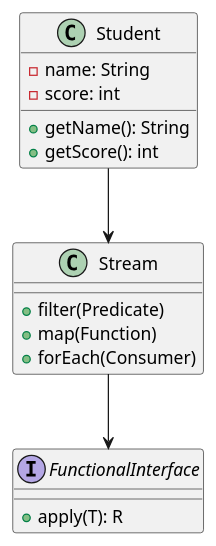
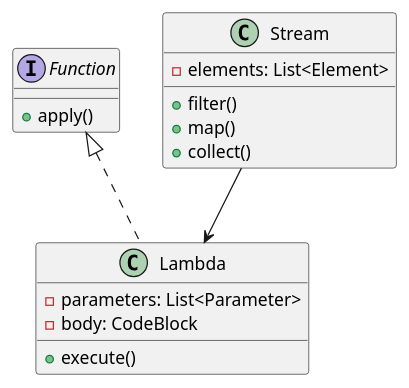
Before and after one commit to fine5351/info-sync: the first of 3 diagrams in doc/learning/lib/java_lambda_tutorial.md, drawn with PlantUML. The commit also changed other lines of this file and 5 other files, not shown here.

````diff
--- a/doc/learning/lib/java_lambda_tutorial.md
+++ b/doc/learning/lib/java_lambda_tutorial.md
@@ -95,23 +12,23 @@
 ```plantuml
 @startuml
-interface FunctionalInterface {
-    + apply(T): R
+interface Function {
+    + apply()
+}
+
+class Lambda {
+    - parameters: List<Parameter>
+    - body: CodeBlock
+    + execute()
 }
 
 class Stream {
-    + filter(Predicate)
-    + map(Function)
-    + forEach(Consumer)
+    - elements: List<Element>
+    + filter()
+    + map()
+    + collect()
 }
 
-class Student {
-    - name: String
-    - score: int
-    + getName(): String
-    + getScore(): int
-}
-
-Stream --> FunctionalInterface
-Student --> Stream
+Function <|.. Lambda
+Stream --> Lambda
 @enduml
 ```
````
